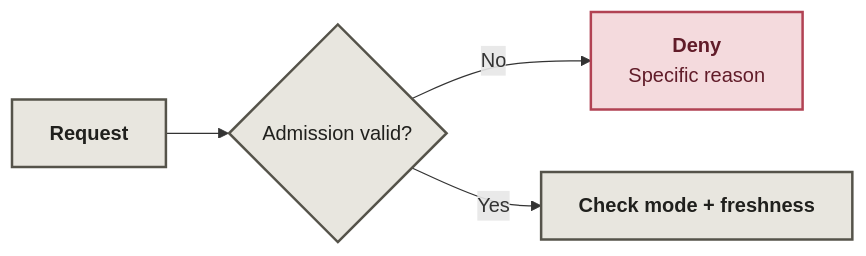
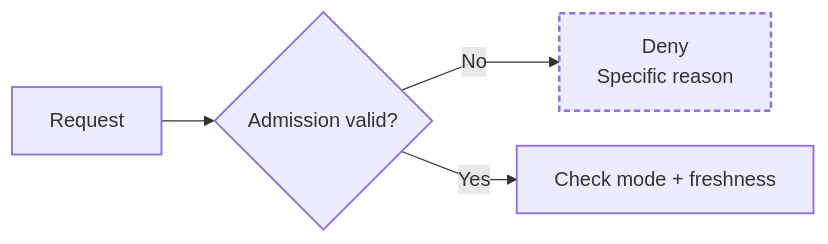
One commit to Niyam-Paneru/agent-policy-core changed the first of 3 diagrams in README.md. Above: the diagram before and after it, drawn with Mermaid. The commit also changed other lines of this file, not shown here.

Commit message:
Improve Mermaid layout and light-dark theme readability

````diff
--- a/README.md
+++ b/README.md
@@ -11,11 +11,20 @@
 ```mermaid
+---
+config:
+  flowchart:
+    curve: linear
+    nodeSpacing: 28
+    rankSpacing: 42
+---
 flowchart LR
-    A["<b>Request</b>"] --> B{"Admission valid?"}
-    B -- No --> D["<b>Deny</b><br/>Specific reason"]
-    B -- Yes --> F["<b>Check mode + freshness</b>"]
-    classDef input fill:#e8e6df,stroke:#55534a,color:#20201d,stroke-width:2px;
-    classDef pass fill:#d2e5d8,stroke:#38734d,color:#183923,stroke-width:2px;
-    classDef stop fill:#f4dadd,stroke:#b14253,color:#611c29,stroke-width:2px;
+    accTitle: Authorization narrows; never widens
+    accDescr: Decision flow for authorization narrows; never widens.
+    A["Request"] --> B{"Admission valid?"}
+    B -- No --> D["Deny<br/>Specific reason"]
+    B -- Yes --> F["Check mode + freshness"]
+    classDef input stroke-width:1.5px;
+    classDef pass stroke-width:2.5px;
+    classDef stop stroke-width:2px,stroke-dasharray:5 3;
     class A,B,F input;
     class D stop;
 ```
````
